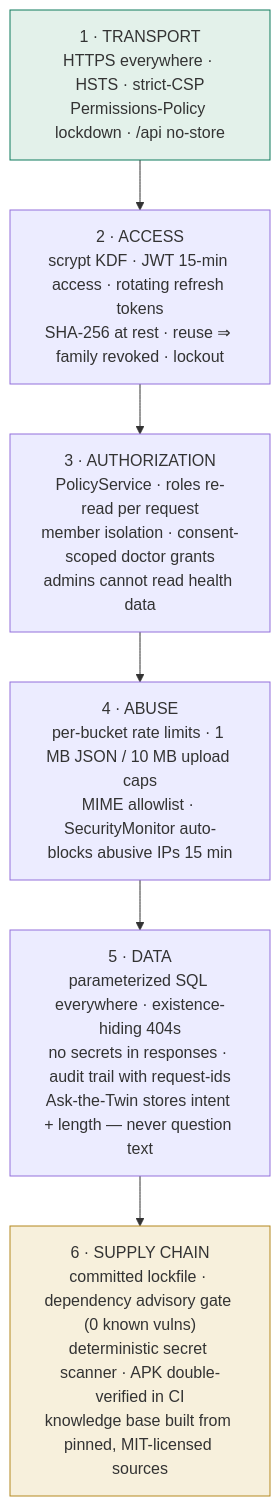
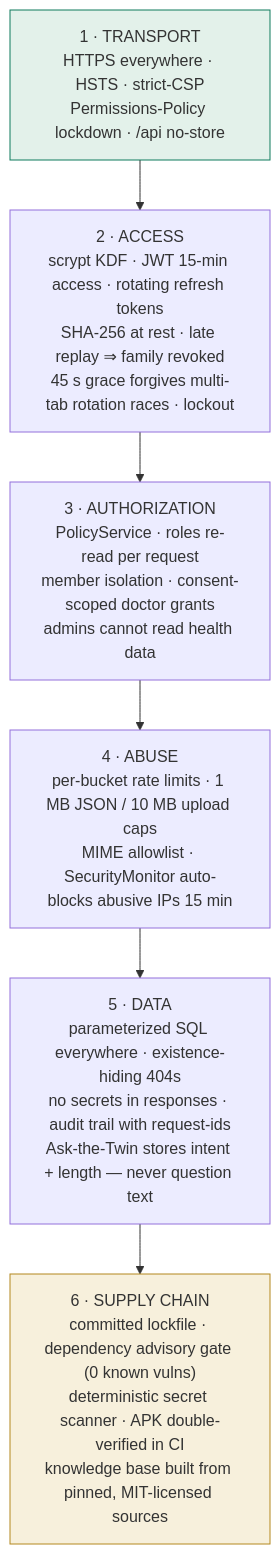
The third of 3 diagrams in README.md (ssambit635-svg/kivo), drawn with Mermaid before and after one commit. The commit also changed other lines of this file and 10 other files, not shown here.

First line of the commit message:
fix(auth): race-proof refresh rotation + smooth, real sign-in; rich doctor dashboard

````diff
--- a/README.md
+++ b/README.md
@@ -249,10 +249,10 @@
 ```mermaid
 flowchart TB
-    A["1 · TRANSPORT<br/>HTTPS everywhere · HSTS · strict-CSP<br/>Permissions-Policy lockdown · /api no-store"] --> B["2 · ACCESS<br/>scrypt KDF · JWT 15-min access · rotating refresh tokens<br/>SHA-256 at rest · reuse ⇒ family revoked · lockout"]
+    A["1 · TRANSPORT<br/>HTTPS everywhere · HSTS · strict-CSP<br/>Permissions-Policy lockdown · /api no-store"] --> B["2 · ACCESS<br/>scrypt KDF · JWT 15-min access · rotating refresh tokens<br/>SHA-256 at rest · late replay ⇒ family revoked<br/>45 s grace forgives multi-tab rotation races · lockout"]
     B --> C["3 · AUTHORIZATION<br/>PolicyService · roles re-read per request<br/>member isolation · consent-scoped doctor grants<br/>admins cannot read health data"]
     C --> D["4 · ABUSE<br/>per-bucket rate limits · 1 MB JSON / 10 MB upload caps<br/>MIME allowlist · SecurityMonitor auto-blocks abusive IPs 15 min"]
     D --> E["5 · DATA<br/>parameterized SQL everywhere · existence-hiding 404s<br/>no secrets in responses · audit trail with request-ids<br/>Ask-the-Twin stores intent + length — never question text"]
     E --> F["6 · SUPPLY CHAIN<br/>committed lockfile · dependency advisory gate (0 known vulns)<br/>deterministic secret scanner · APK double-verified in CI<br/>knowledge base built from pinned, MIT-licensed sources"]
     style A fill:#E3F1EA,stroke:#0E7A5D
     style F fill:#F7F0DC,stroke:#B4881F
 ```
````
